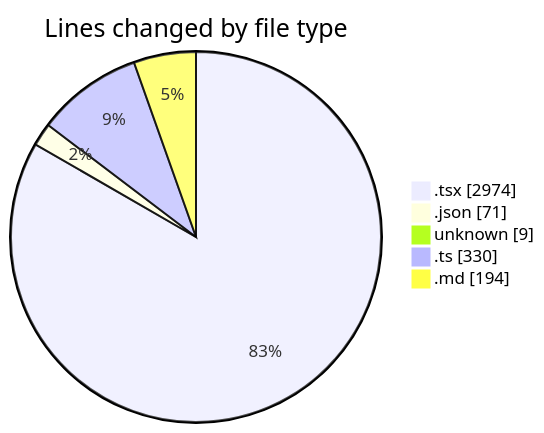
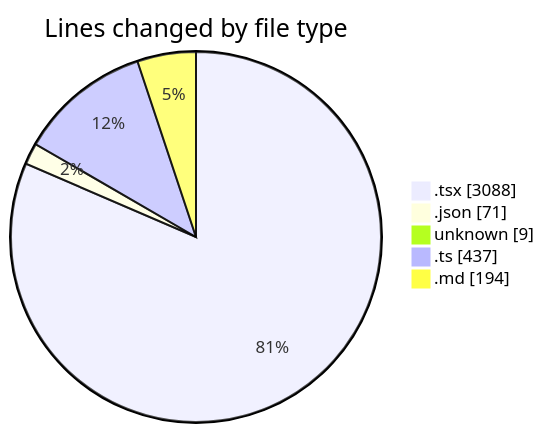
One commit to ernivani/code-tracking changed the first of 2 diagrams in 2025-01-03/tinycms/README.md. Above: the diagram before and after it, drawn with Mermaid. The commit also changed other lines of this file and 2 other files, not shown here.

````diff
--- a/2025-01-03/tinycms/README.md
+++ b/2025-01-03/tinycms/README.md
@@ -36,9 +37,9 @@
 ```mermaid
 pie showData
 title Lines changed by file type
-".tsx" : 2974
+".tsx" : 3088
 ".json" : 71
 "unknown" : 9
-".ts" : 330
+".ts" : 437
 ".md" : 194
 ```
````
